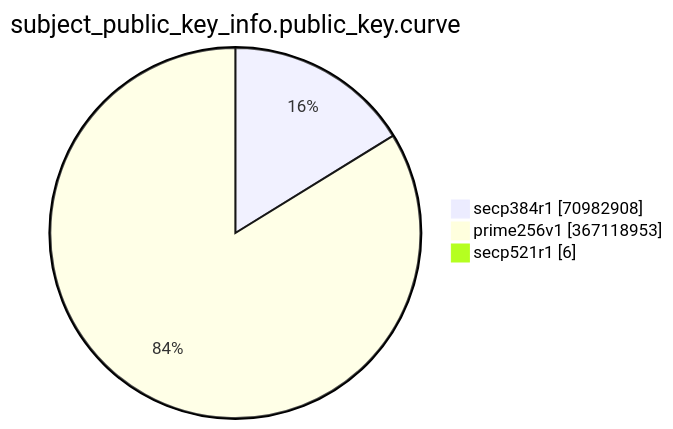
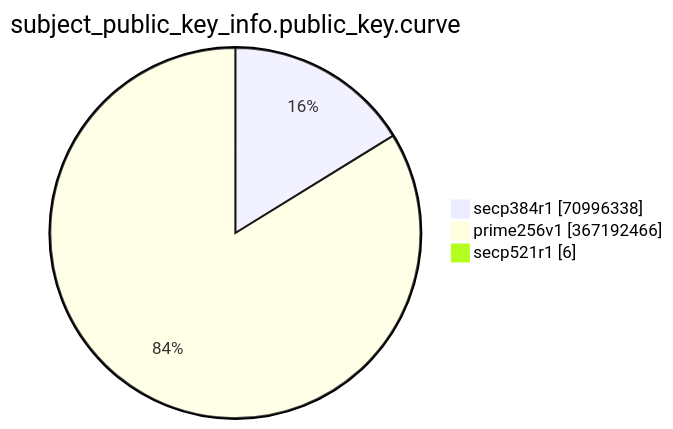
The eighth of 15 diagrams in TOTAL/README.md (christiankrug/ctmonitor_visualization), drawn with Mermaid before and after one commit. The commit also changed other lines of this file, not shown here.

````diff
--- a/TOTAL/README.md
+++ b/TOTAL/README.md
@@ -3092,7 +3092,7 @@
 ```mermaid
 pie showData
 title subject_public_key_info.public_key.curve
-"secp384r1" :70982908
-"prime256v1" :367118953
+"secp384r1" :70996338
+"prime256v1" :367192466
 "secp521r1" :6
 ```
````
